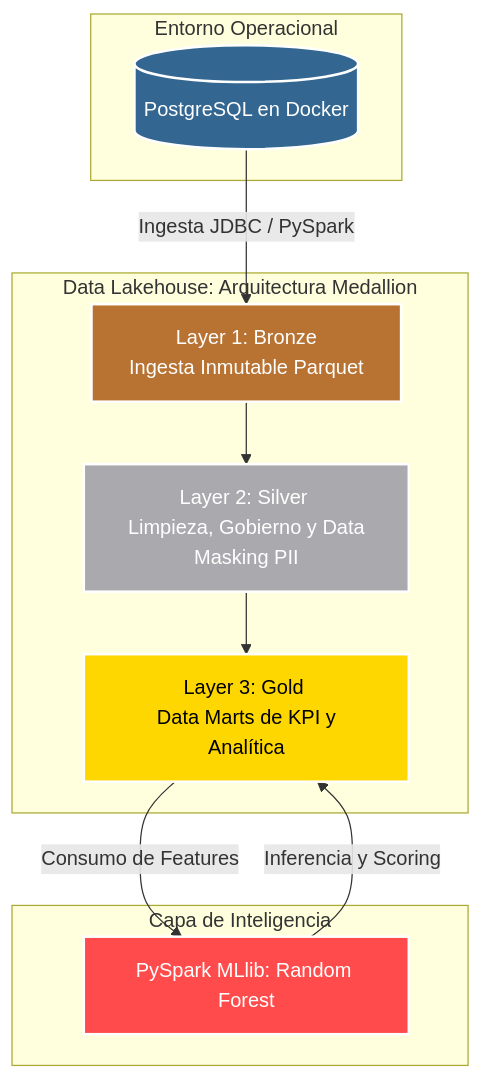
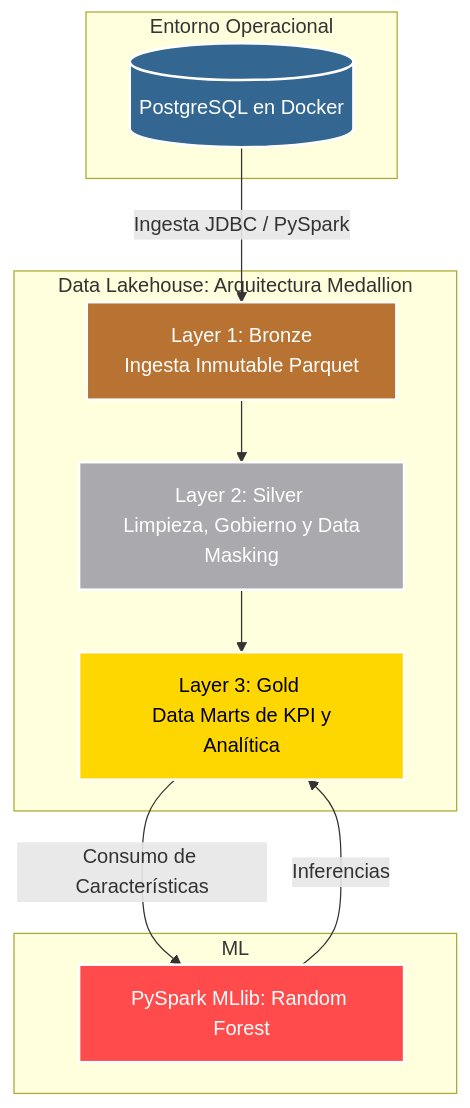
Before and after one commit to JoseSanti97/Proyecto_Fintech_V3-: the diagram in README.md, drawn with Mermaid.

````diff
--- a/README.md
+++ b/README.md
@@ -11,25 +11,25 @@
 ```mermaid
 graph TD
     subgraph OLTP [Entorno Operacional]
         DB[(PostgreSQL en Docker)]
     end
 
     subgraph Lakehouse [Data Lakehouse: Arquitectura Medallion]
-        B[Layer 1: Bronze <br> Ingesta Inmutable Parquet] --> S[Layer 2: Silver <br> Limpieza, Gobierno y Data Masking PII]
+        B[Layer 1: Bronze <br> Ingesta Inmutable Parquet] --> S[Layer 2: Silver <br> Limpieza, Gobierno y Data Masking]
         S --> G[Layer 3: Gold <br> Data Marts de KPI y Analítica]
     end
 
-    subgraph ML [Capa de Inteligencia]
+    subgraph ML
         RF[PySpark MLlib: Random Forest]
     end
 
     DB -->|Ingesta JDBC / PySpark| B
-    G -->|Consumo de Features| RF
-    RF -->|Inferencia y Scoring| G
+    G -->|Consumo de Características| RF
+    RF -->|Inferencias| G
 
     style DB fill:#336791,stroke:#fff,stroke-width:2px,color:#fff
     style B fill:#b87333,stroke:#fff,stroke-width:2px,color:#fff
     style S fill:#aaa9ad,stroke:#fff,stroke-width:2px,color:#fff
     style G fill:#ffd700,stroke:#fff,stroke-width:2px,color:#000
     style RF fill:#ff4b4b,stroke:#fff,stroke-width:2px,color:#fff
 ```
````
